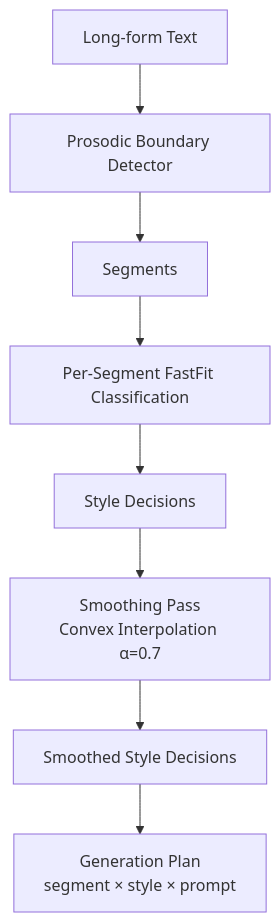
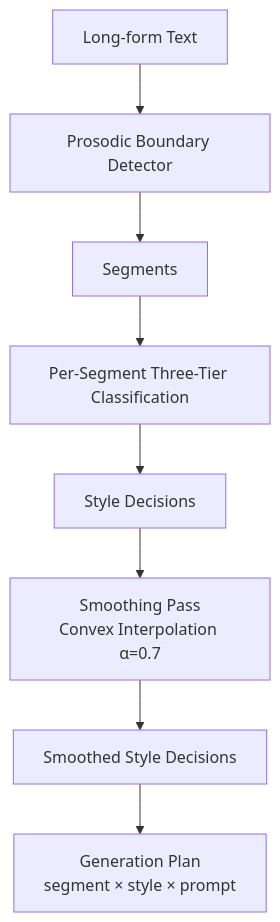
Before and after one commit to Mathews-Tom/VoxID: the third of 7 diagrams in docs/system-design.md, drawn with Mermaid. The commit also changed other lines of this file and 3 other files, not shown here.

First line of the commit message:
docs: align routing descriptions with three-tier cascade implementation

````diff
--- a/docs/system-design.md
+++ b/docs/system-design.md
@@ -240,10 +247,10 @@
 ```mermaid
 flowchart TD
     A[Long-form Text] --> B[Prosodic Boundary Detector]
     B --> C[Segments]
-    C --> D[Per-Segment FastFit Classification]
+    C --> D[Per-Segment Three-Tier Classification]
     D --> E[Style Decisions]
     E --> F[Smoothing Pass\nConvex Interpolation α=0.7]
     F --> G[Smoothed Style Decisions]
     G --> H[Generation Plan\nsegment × style × prompt]
 ```
````
